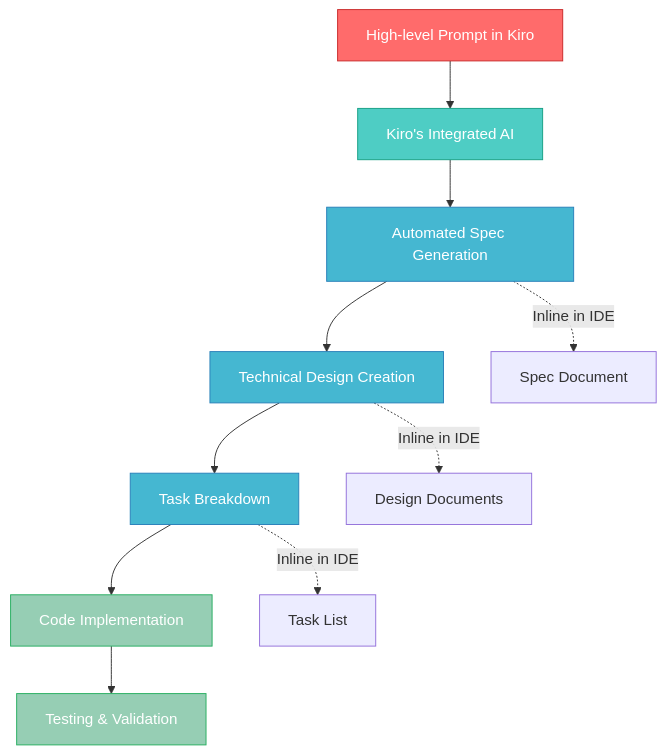
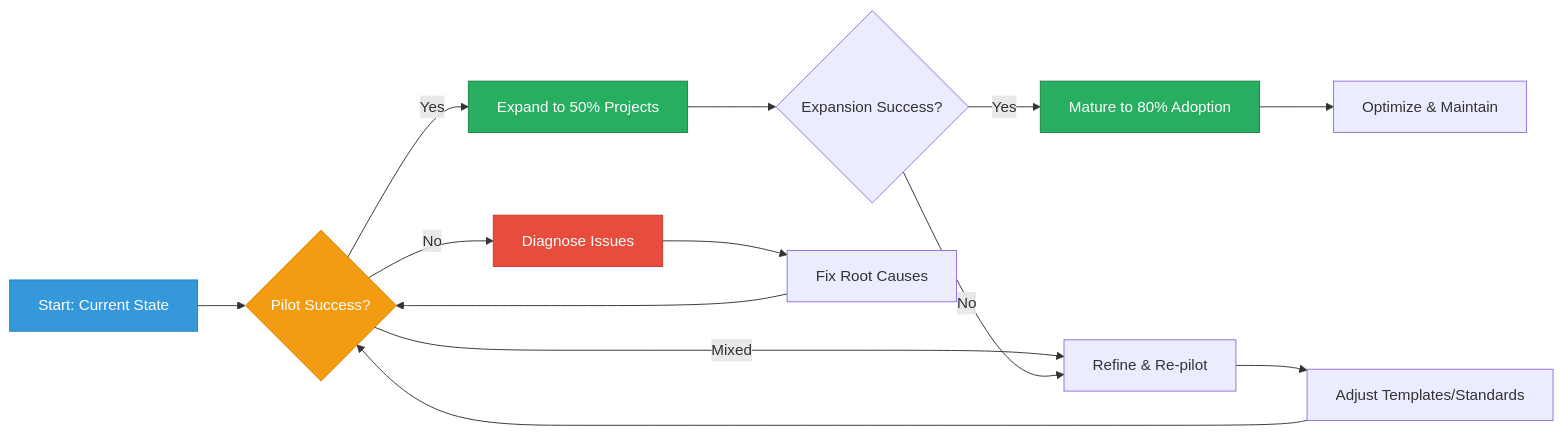
The third of 3 diagrams in blog/2025-10-22-implementing-spec-driven-development-tools-and-workflows-in-practice.mdx (tikazyq/marvinzhang.dev), drawn with Mermaid before and after one commit. The commit also changed other lines of this file, not shown here.

````diff
--- a/blog/2025-10-22-implementing-spec-driven-development-tools-and-workflows-in-practice.mdx
+++ b/blog/2025-10-22-implementing-spec-driven-development-tools-and-workflows-in-practice.mdx
@@ -290,21 +362,25 @@
 ```mermaid
-flowchart TD
-    A["High-level Prompt in Kiro"] --> B["Kiro's Integrated AI"]
-    B --> C["Automated Spec Generation"]
-    C --> D["Technical Design Creation"]
-    D --> E["Task Breakdown"]
-    E --> F["Code Implementation"]
-    F --> G["Testing & Validation"]
+flowchart LR
+    A["Start: Current State"] --> B{Pilot Success?}
+    B -->|Yes| C["Expand to 50% Projects"]
+    B -->|Mixed| D["Refine & Re-pilot"]
+    B -->|No| E["Diagnose Issues"]
     
-    C -.->|"Inline in IDE"| H["Spec Document"]
-    D -.->|"Inline in IDE"| I["Design Documents"]
-    E -.->|"Inline in IDE"| J["Task List"]
+    C --> F{Expansion Success?}
+    F -->|Yes| G["Mature to 80% Adoption"]
+    F -->|No| D
     
-    style A fill:#ff6b6b,stroke:#c92a2a,color:#fff
-    style B fill:#4ecdc4,stroke:#16a085,color:#fff
-    style C fill:#45b7d1,stroke:#2980b9,color:#fff
-    style D fill:#45b7d1,stroke:#2980b9,color:#fff
-    style E fill:#45b7d1,stroke:#2980b9,color:#fff
-    style F fill:#96ceb4,stroke:#27ae60,color:#fff
-    style G fill:#96ceb4,stroke:#27ae60,color:#fff
+    D --> H["Adjust Templates/Standards"]
+    H --> B
+    
+    E --> I["Fix Root Causes"]
+    I --> B
+    
+    G --> J["Optimize & Maintain"]
+    
+    style A fill:#3498db,stroke:#2980b9,color:#fff
+    style B fill:#f39c12,stroke:#d68910,color:#fff
+    style C fill:#27ae60,stroke:#1e8449,color:#fff
+    style G fill:#27ae60,stroke:#1e8449,color:#fff
+    style E fill:#e74c3c,stroke:#c0392b,color:#fff
 ```
````
